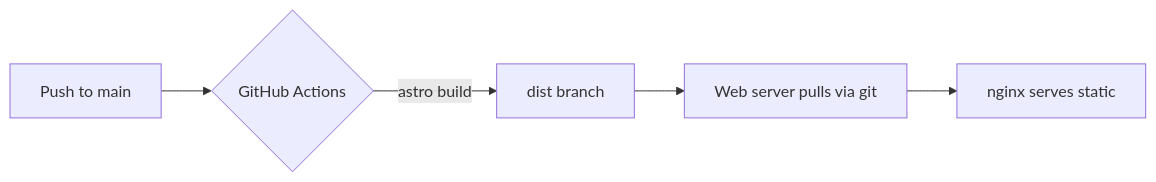
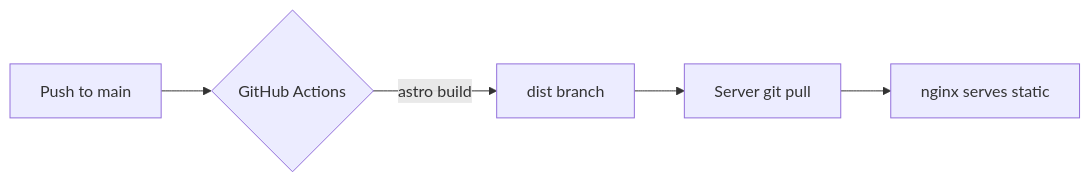
The first of 2 diagrams in src/content/blog/mermaid-test/en.md (eskopp/AstroBlog), drawn with Mermaid before and after one commit. The commit also changed 4 other files, not shown here.

Commit message:
Canonical Mermaid syntax in the diagram posts + theme v0.2.24

````diff
--- a/src/content/blog/mermaid-test/en.md
+++ b/src/content/blog/mermaid-test/en.md
@@ -14,7 +14,7 @@
 ```mermaid
 flowchart LR
-    A["Push to main"] --> B{"GitHub Actions"}
-    B -->|"astro build"| C["dist branch"]
-    C --> D["Web server pulls via git"]
-    D --> E["nginx serves static"]
+    A[Push to main] --> B{GitHub Actions}
+    B -->|astro build| C[dist branch]
+    C --> D[Server git pull]
+    D --> E[nginx serves static]
 ```
````
